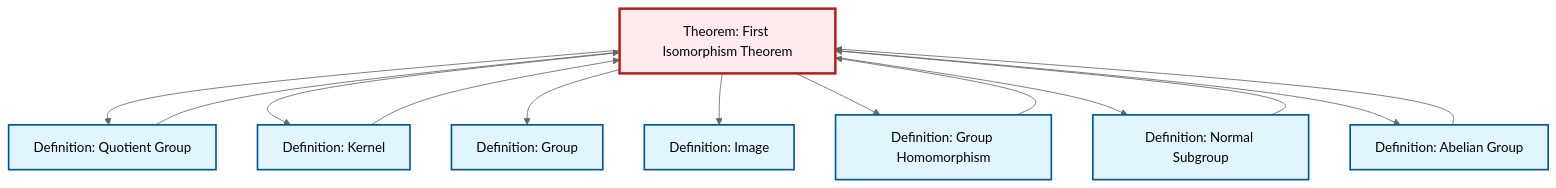
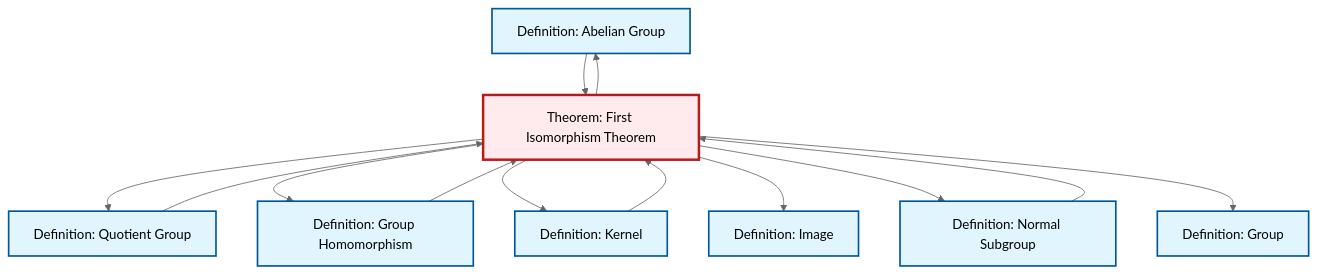
Before and after one commit to RK0429/ModernMath: the diagram in content/en/algebra/thm-first-isomorphism.qmd, drawn with Mermaid (neutral theme). The commit also changed other lines of this file and 491 other files, not shown here.

````diff
--- a/content/en/algebra/thm-first-isomorphism.qmd
+++ b/content/en/algebra/thm-first-isomorphism.qmd
@@ -100,37 +100,37 @@
 ```{mermaid}
 %%| fig-cap: "Local dependency graph"
 graph TD
     classDef definition fill:#e1f5fe,stroke:#01579b,stroke-width:2px
     classDef theorem fill:#f3e5f5,stroke:#4a148c,stroke-width:2px
     classDef axiom fill:#fff3e0,stroke:#e65100,stroke-width:2px
     classDef example fill:#e8f5e9,stroke:#1b5e20,stroke-width:2px
     classDef current fill:#ffebee,stroke:#b71c1c,stroke-width:3px
+    def-abelian-group["Definition: Abelian Group"]:::definition
+    def-kernel["Definition: Kernel"]:::definition
     thm-first-isomorphism["Theorem: First Isomorphism Theorem"]:::theorem
+    def-normal-subgroup["Definition: Normal Subgroup"]:::definition
+    def-group["Definition: Group"]:::definition
     def-homomorphism["Definition: Group Homomorphism"]:::definition
     def-image["Definition: Image"]:::definition
-    def-kernel["Definition: Kernel"]:::definition
-    def-group["Definition: Group"]:::definition
-    def-abelian-group["Definition: Abelian Group"]:::definition
-    def-normal-subgroup["Definition: Normal Subgroup"]:::definition
     def-quotient-group["Definition: Quotient Group"]:::definition
+    thm-first-isomorphism --> def-quotient-group
+    thm-first-isomorphism --> def-homomorphism
+    def-homomorphism --> thm-first-isomorphism
+    thm-first-isomorphism --> def-kernel
+    thm-first-isomorphism --> def-image
+    thm-first-isomorphism --> def-normal-subgroup
+    def-normal-subgroup --> thm-first-isomorphism
     def-quotient-group --> thm-first-isomorphism
-    thm-first-isomorphism --> def-quotient-group
-    thm-first-isomorphism --> def-kernel
-    def-normal-subgroup --> thm-first-isomorphism
+    thm-first-isomorphism --> def-group
     def-kernel --> thm-first-isomorphism
-    thm-first-isomorphism --> def-group
-    thm-first-isomorphism --> def-image
-    thm-first-isomorphism --> def-homomorphism
-    thm-first-isomorphism --> def-normal-subgroup
+    thm-first-isomorphism --> def-abelian-group
     def-abelian-group --> thm-first-isomorphism
-    thm-first-isomorphism --> def-abelian-group
-    def-homomorphism --> thm-first-isomorphism
     class thm-first-isomorphism current
+    click def-abelian-group "def-abelian-group.html" "Go to Abelian Group definition"
+    click def-kernel "def-kernel.html" "Go to Kernel definition"
+    click def-normal-subgroup "def-normal-subgroup.html" "Go to Normal Subgroup definition"
+    click def-group "def-group.html" "Go to Group definition"
     click def-homomorphism "def-homomorphism.html" "Go to Group Homomorphism definition"
     click def-image "def-image.html" "Go to Image definition"
-    click def-kernel "def-kernel.html" "Go to Kernel definition"
-    click def-group "def-group.html" "Go to Group definition"
-    click def-abelian-group "def-abelian-group.html" "Go to Abelian Group definition"
-    click def-normal-subgroup "def-normal-subgroup.html" "Go to Normal Subgroup definition"
     click def-quotient-group "def-quotient-group.html" "Go to Quotient Group definition"
 ```
````
